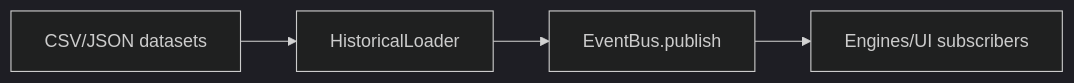
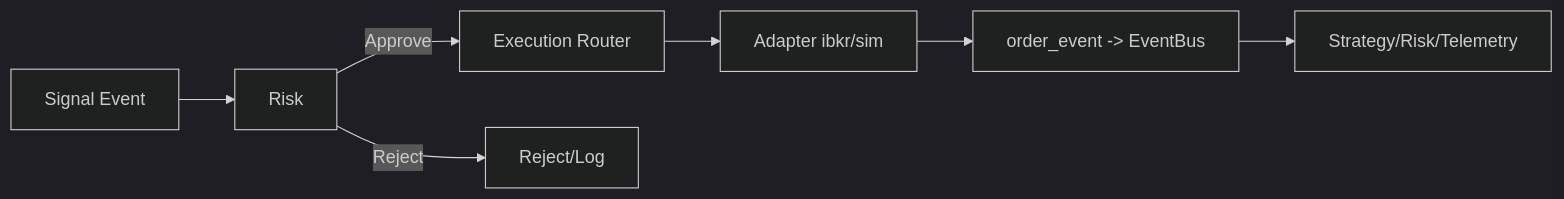
One commit to codestash-spec/tape-reading-app changed the fourth of 6 diagrams in DIAGRAMS.md. Above: the diagram before and after it, drawn with Mermaid (dark theme). The commit also changed other lines of this file and 12 other files, not shown here.

````diff
--- a/DIAGRAMS.md
+++ b/DIAGRAMS.md
@@ -63,6 +75,9 @@
 ```mermaid
 flowchart LR
-    Files[CSV/JSON datasets] --> Loader[HistoricalLoader]
-    Loader --> Bus[EventBus.publish]
-    Bus --> Engines[Engines/UI subscribers]
+    Signal[Signal Event] --> Risk
+    Risk -->|Approve| Router[Execution Router]
+    Risk -->|Reject| Reject[Reject/Log]
+    Router --> Adapter[Adapter ibkr/sim]
+    Adapter --> Bus[order_event -> EventBus]
+    Bus --> Consumers[Strategy/Risk/Telemetry]
 ```
````
